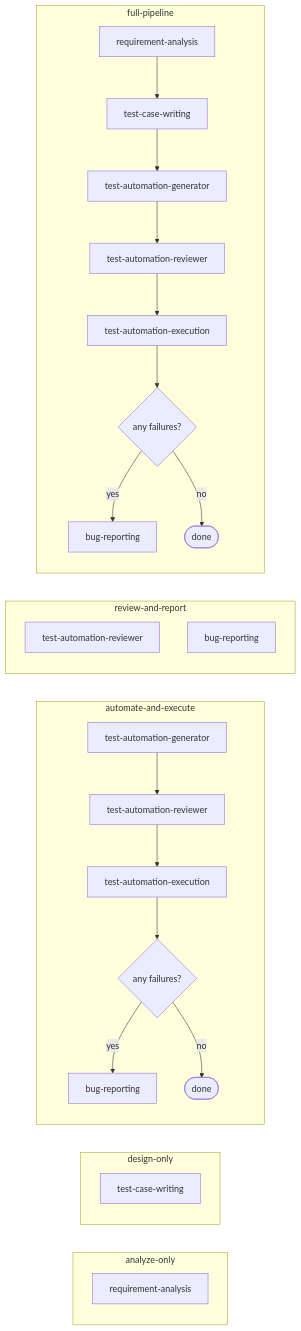
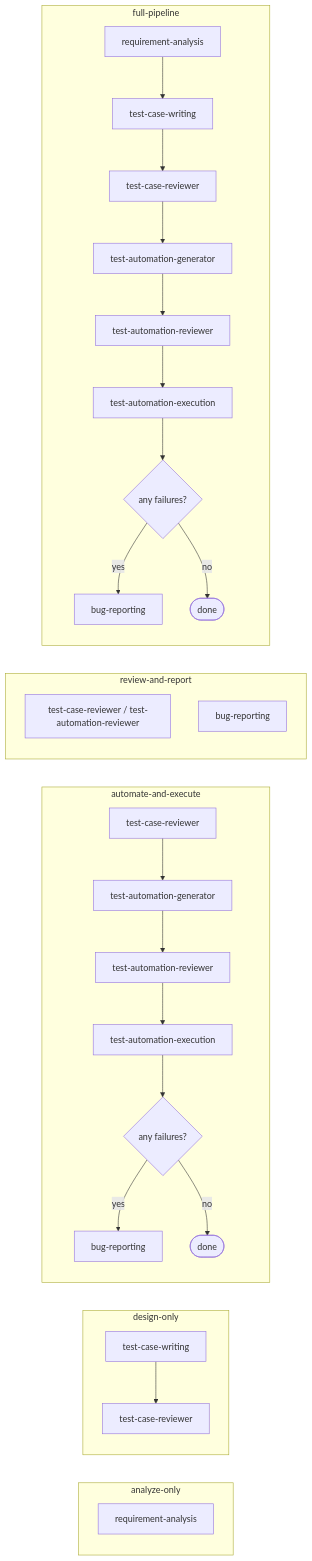
One commit to jannatul-ferdous-enosis/demoblaze-agentic-framework changed the fourth of 11 diagrams in .docs/workflow.md. Above: the diagram before and after it, drawn with Mermaid. The commit also changed other lines of this file and 10 other files, not shown here.

Commit message:
feat: add test-case-reviewer skill and integrate into workflows

````diff
--- a/.docs/workflow.md
+++ b/.docs/workflow.md
@@ -141,27 +144,27 @@
 ```mermaid
 flowchart LR
     subgraph analyze-only
         A0[requirement-analysis]
     end
 
     subgraph design-only
-        B0[test-case-writing]
+        B0[test-case-writing] --> B1[test-case-reviewer]
     end
 
     subgraph automate-and-execute
-        C1[test-automation-generator] --> C2[test-automation-reviewer] --> C3[test-automation-execution] --> C4{any failures?}
+        C0[test-case-reviewer] --> C1[test-automation-generator] --> C2[test-automation-reviewer] --> C3[test-automation-execution] --> C4{any failures?}
         C4 -->|yes| C5[bug-reporting]
         C4 -->|no| C6([done])
     end
 
     subgraph review-and-report
-        D1[test-automation-reviewer]
+        D1[test-case-reviewer / test-automation-reviewer]
         D2[bug-reporting]
     end
 
     subgraph full-pipeline
-        E1[requirement-analysis] --> E2[test-case-writing] --> E3[test-automation-generator] --> E4[test-automation-reviewer] --> E5[test-automation-execution] --> E6{any failures?}
+        E1[requirement-analysis] --> E2[test-case-writing] --> E2b[test-case-reviewer] --> E3[test-automation-generator] --> E4[test-automation-reviewer] --> E5[test-automation-execution] --> E6{any failures?}
         E6 -->|yes| E7[bug-reporting]
         E6 -->|no| E8([done])
     end
 ```
````
